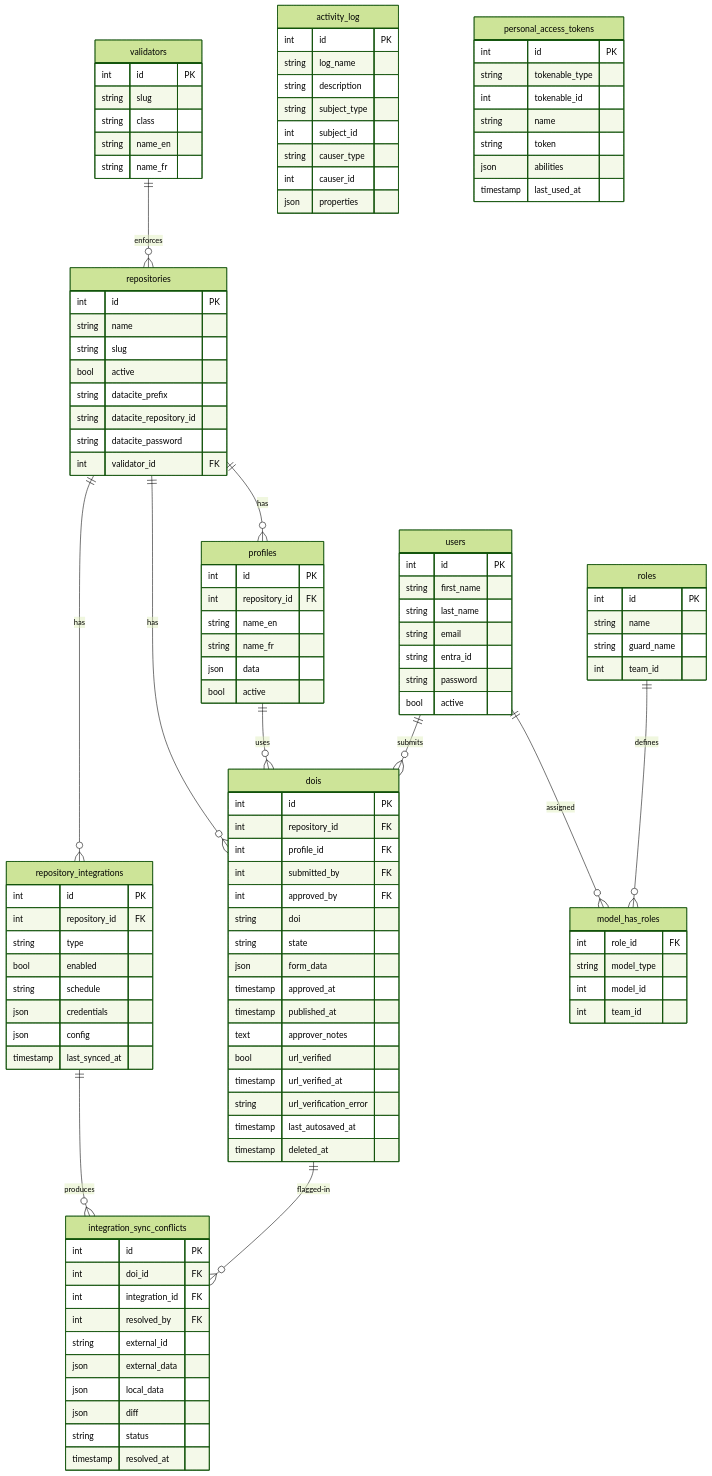
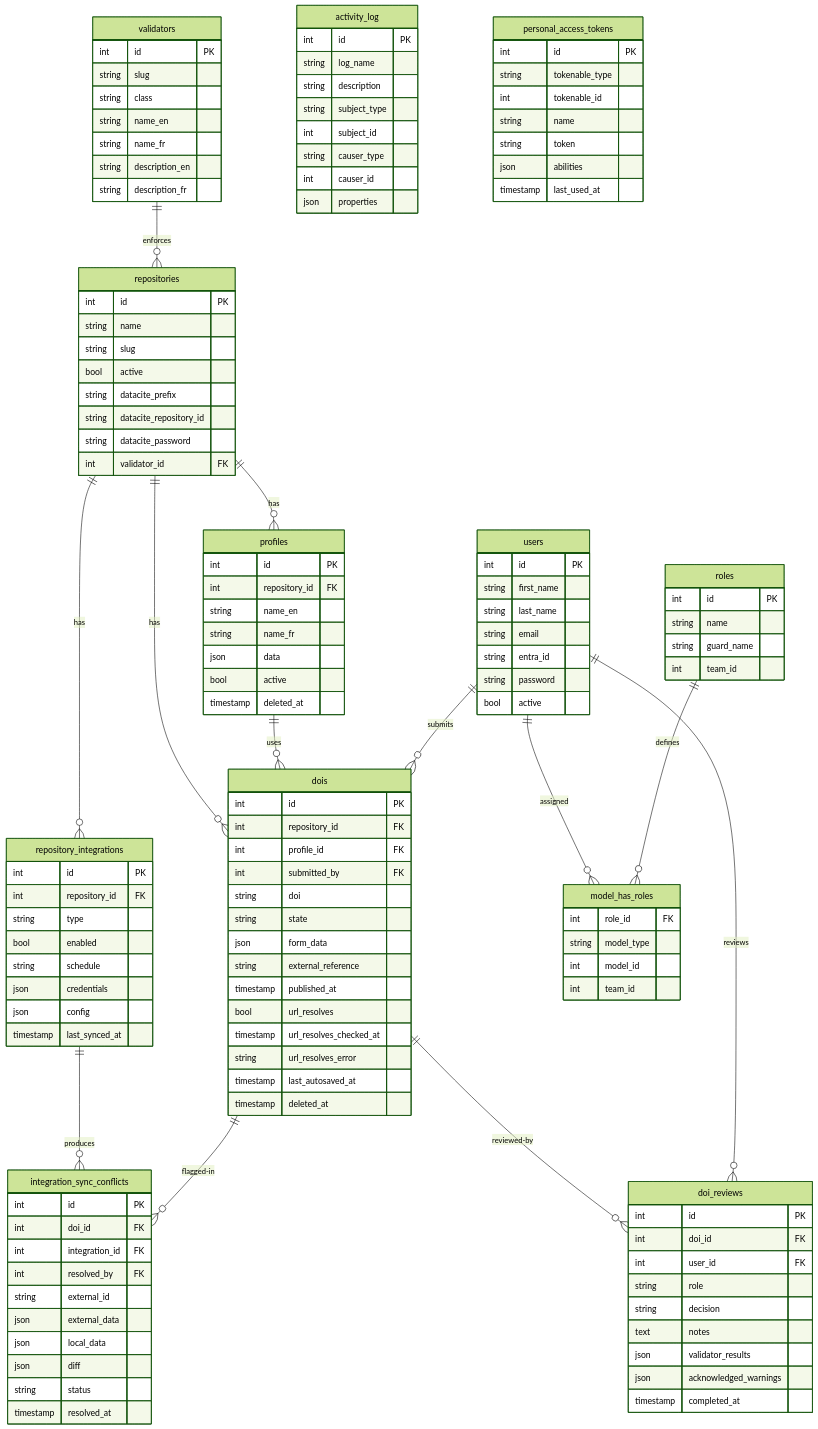
The diagram in docs/design.md (dfo-osdt/doi-forge), drawn with Mermaid (forest theme) before and after one commit. The commit also changed other lines of this file, not shown here.

```diff
--- a/docs/design.md
+++ b/docs/design.md
@@ -1318,6 +1398,8 @@
     string class
     string name_en
     string name_fr
+    string description_en
+    string description_fr
   }
   profiles {
     int id PK
@@ -1326,24 +1408,34 @@
     string name_fr
     json data
     bool active
+    timestamp deleted_at
   }
   dois {
     int id PK
     int repository_id FK
     int profile_id FK
     int submitted_by FK
-    int approved_by FK
     string doi
     string state
     json form_data
-    timestamp approved_at
+    string external_reference
     timestamp published_at
-    text approver_notes
-    bool url_verified
-    timestamp url_verified_at
-    string url_verification_error
+    bool url_resolves
+    timestamp url_resolves_checked_at
+    string url_resolves_error
     timestamp last_autosaved_at
     timestamp deleted_at
+  }
+  doi_reviews {
+    int id PK
+    int doi_id FK
+    int user_id FK
+    string role
+    string decision
+    text notes
+    json validator_results
+    json acknowledged_warnings
+    timestamp completed_at
   }
   repository_integrations {
     int id PK
@@ -1403,6 +1495,8 @@
   repositories ||--o{ dois : "has"
   repositories ||--o{ repository_integrations : "has"
   profiles ||--o{ dois : "uses"
+  dois ||--o{ doi_reviews : "reviewed-by"
+  users ||--o{ doi_reviews : "reviews"
   users ||--o{ dois : "submits"
   users ||--o{ model_has_roles : "assigned"
   roles ||--o{ model_has_roles : "defines"
```
